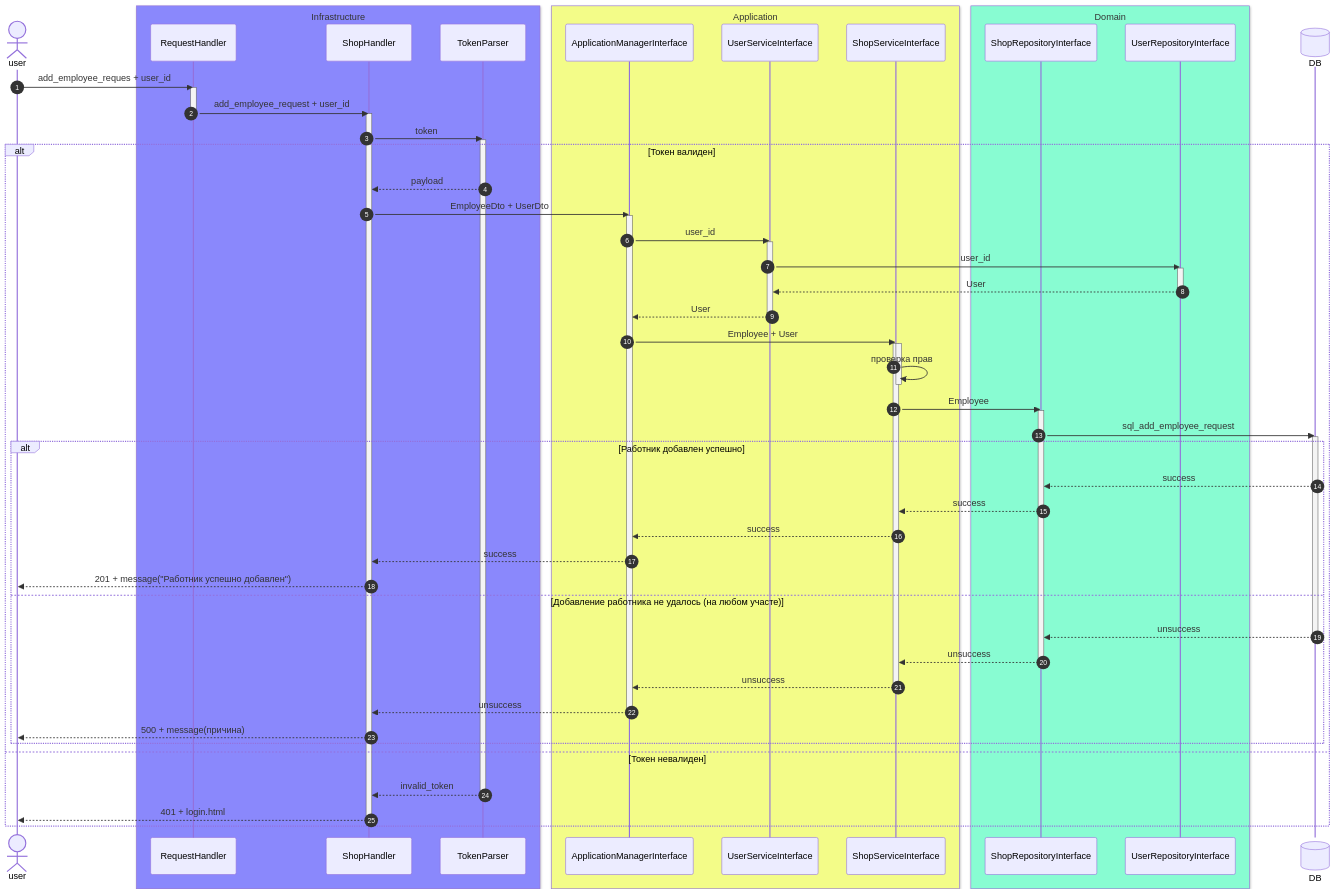
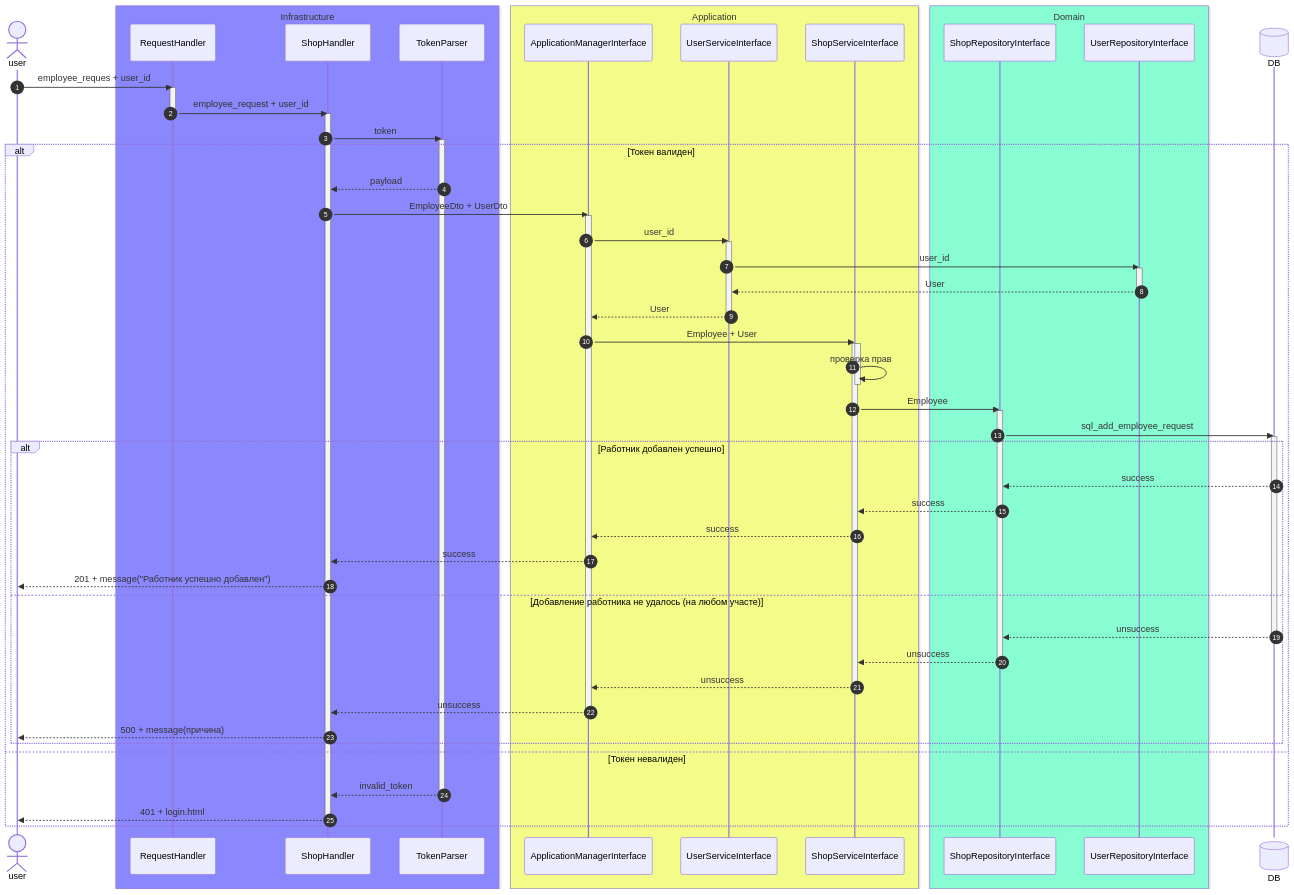
Before and after one commit to DRUsmanov/the_system_project: diagram 13 of 13 in README.md, drawn with Mermaid. The commit also changed other lines of this file, not shown here.

```diff
--- a/README.md
+++ b/README.md
@@ -505,10 +575,10 @@
 
 autonumber
 
-user ->> RequestHandler: add_employee_reques + user_id
+user ->> RequestHandler: employee_reques + user_id
 
 activate RequestHandler
-RequestHandler ->> ShopHandler: add_employee_request + user_id
+RequestHandler ->> ShopHandler: employee_request + user_id
 deactivate RequestHandler
 
 activate ShopHandler
```
